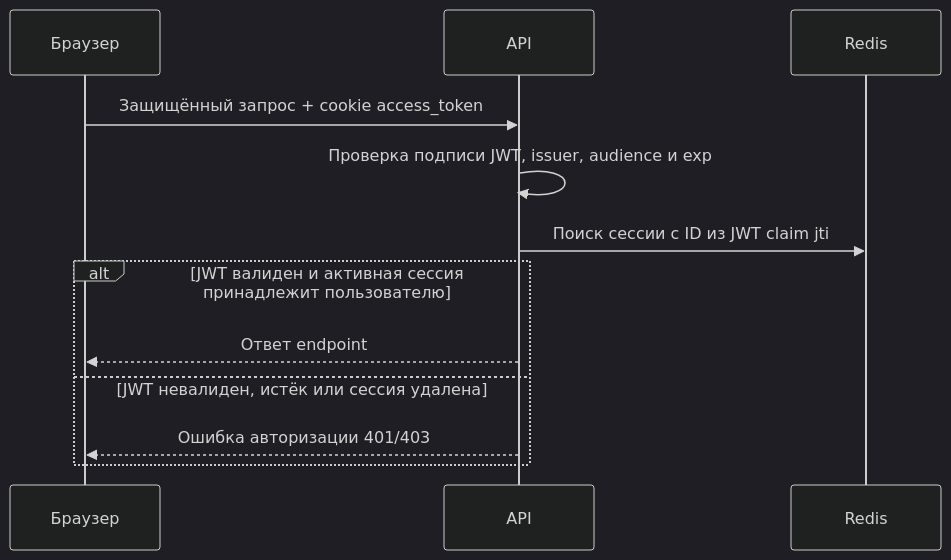
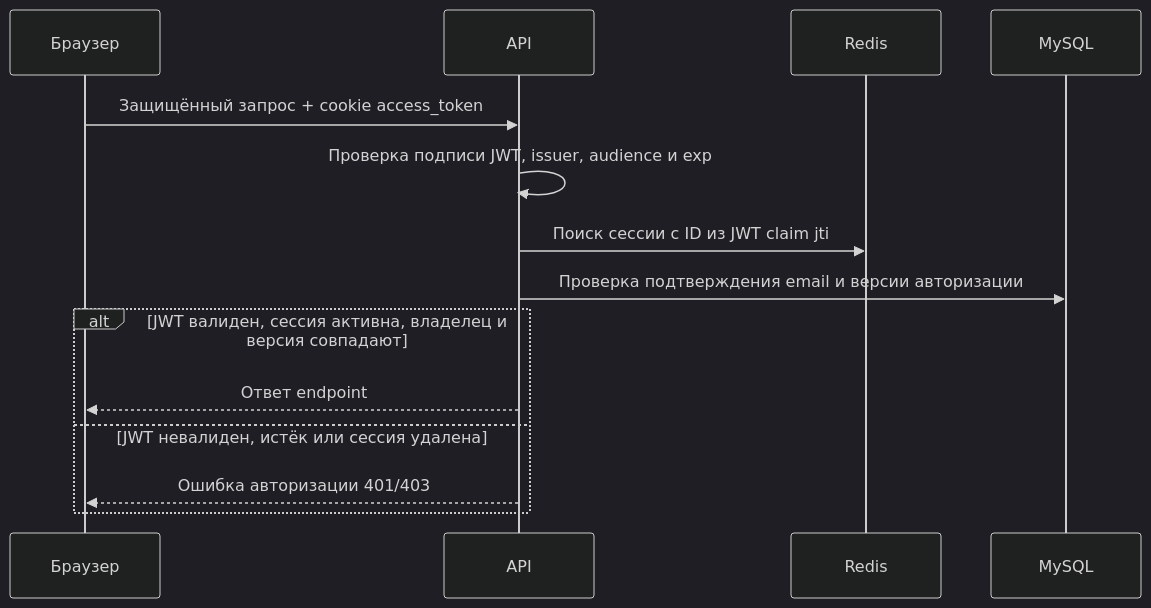
Before and after one commit to ViaCode-Team/ViaTradeBackend: the third of 4 diagrams in docs/auth.md, drawn with Mermaid (dark theme). The commit also changed other lines of this file and 61 other files, not shown here.

````diff
--- a/docs/auth.md
+++ b/docs/auth.md
@@ -158,15 +160,16 @@
 ```mermaid
 sequenceDiagram
     participant B as Браузер
     participant API as API
     participant R as Redis
 
     B->>API: Защищённый запрос + cookie access_token
     API->>API: Проверка подписи JWT, issuer, audience и exp
     API->>R: Поиск сессии с ID из JWT claim jti
-    alt JWT валиден и активная сессия принадлежит пользователю
+    API->>MySQL: Проверка подтверждения email и версии авторизации
+    alt JWT валиден, сессия активна, владелец и версия совпадают
         API-->>B: Ответ endpoint
     else JWT невалиден, истёк или сессия удалена
         API-->>B: Ошибка авторизации 401/403
     end
 ```
````
